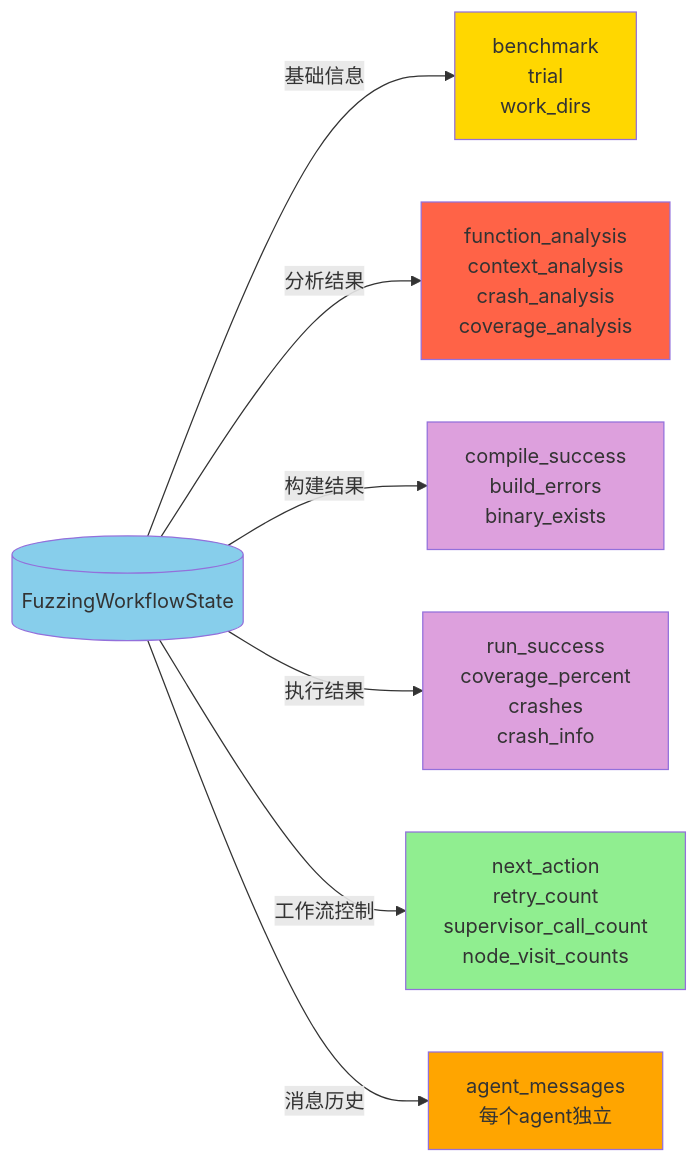
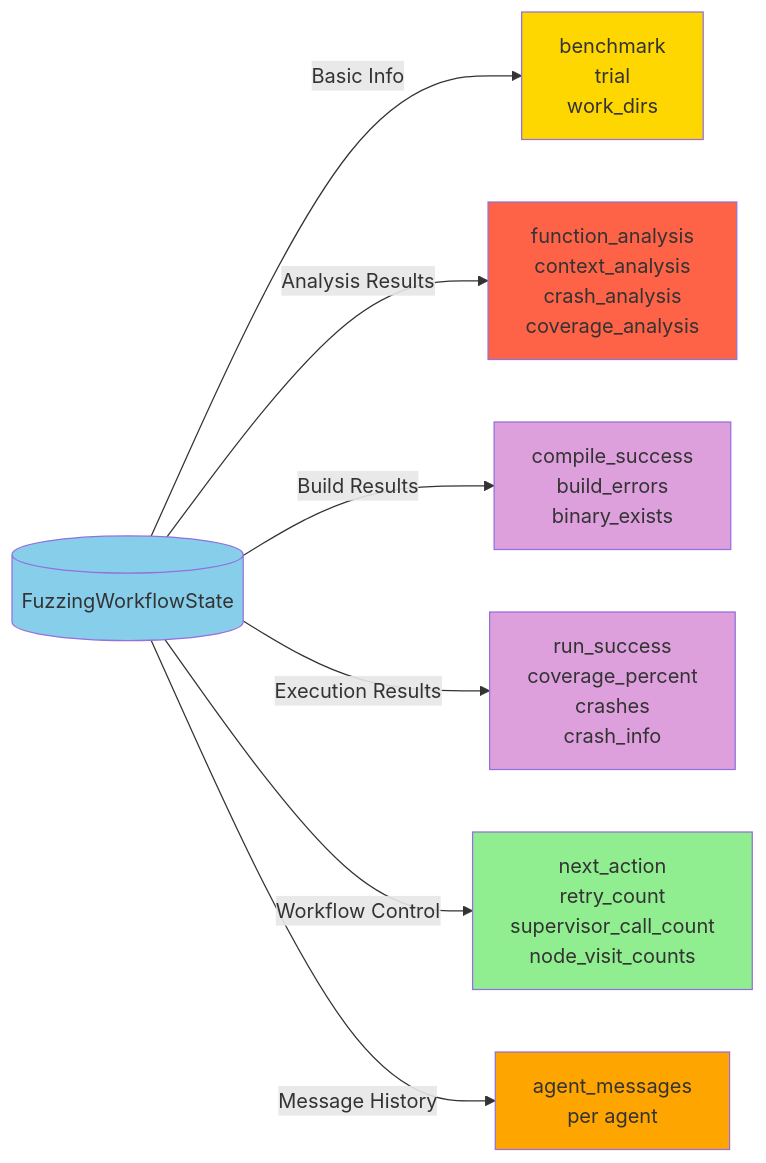
Before and after one commit to google/oss-fuzz-gen: the fourth of 4 diagrams in agent_graph/README.md, drawn with Mermaid. The commit also changed other lines of this file, not shown here.

First line of the commit message:
Update README.md with English translations and improved clarity for agent workflow documentation

````diff
--- a/agent_graph/README.md
+++ b/agent_graph/README.md
@@ -175,19 +175,19 @@
 ```mermaid
 flowchart LR
     State[(FuzzingWorkflowState)]
     
-    State -->|基础信息| Basic[benchmark<br/>trial<br/>work_dirs]
-    State -->|分析结果| Analysis[function_analysis<br/>context_analysis<br/>crash_analysis<br/>coverage_analysis]
-    State -->|构建结果| Build[compile_success<br/>build_errors<br/>binary_exists]
-    State -->|执行结果| Exec[run_success<br/>coverage_percent<br/>crashes<br/>crash_info]
-    State -->|工作流控制| Control[next_action<br/>retry_count<br/>supervisor_call_count<br/>node_visit_counts]
-    State -->|消息历史| Messages[agent_messages<br/>每个agent独立]
+    State -->|Basic Info| Basic[benchmark<br/>trial<br/>work_dirs]
+    State -->|Analysis Results| Analysis[function_analysis<br/>context_analysis<br/>crash_analysis<br/>coverage_analysis]
+    State -->|Build Results| Build[compile_success<br/>build_errors<br/>binary_exists]
+    State -->|Execution Results| Exec[run_success<br/>coverage_percent<br/>crashes<br/>crash_info]
+    State -->|Workflow Control| Control[next_action<br/>retry_count<br/>supervisor_call_count<br/>node_visit_counts]
+    State -->|Message History| Messages[agent_messages<br/>per agent]
     
     style State fill:#87CEEB
     style Basic fill:#FFD700
     style Analysis fill:#FF6347
     style Build fill:#DDA0DD
     style Exec fill:#DDA0DD
     style Control fill:#90EE90
     style Messages fill:#FFA500
 ```
````
